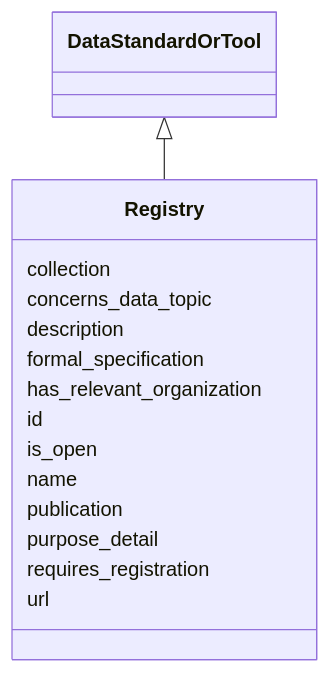
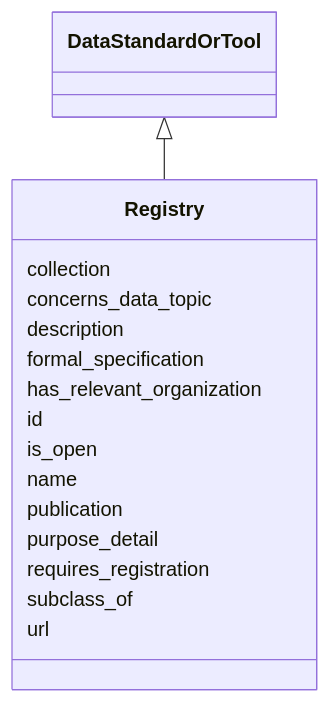
One commit to bridge2ai/standards-schemas changed the diagram in docs/Registry.md. Above: the diagram before and after it, drawn with Mermaid. The commit also changed other lines of this file and 57 other files, not shown here.

````diff
--- a/docs/Registry.md
+++ b/docs/Registry.md
@@ -10,19 +11,20 @@
 ```mermaid
  classDiagram
     class Registry
       DataStandardOrTool <|-- Registry
       
       Registry : collection
       Registry : concerns_data_topic
       Registry : description
       Registry : formal_specification
       Registry : has_relevant_organization
       Registry : id
       Registry : is_open
       Registry : name
       Registry : publication
       Registry : purpose_detail
       Registry : requires_registration
+      Registry : subclass_of
       Registry : url
       
 ```
````
